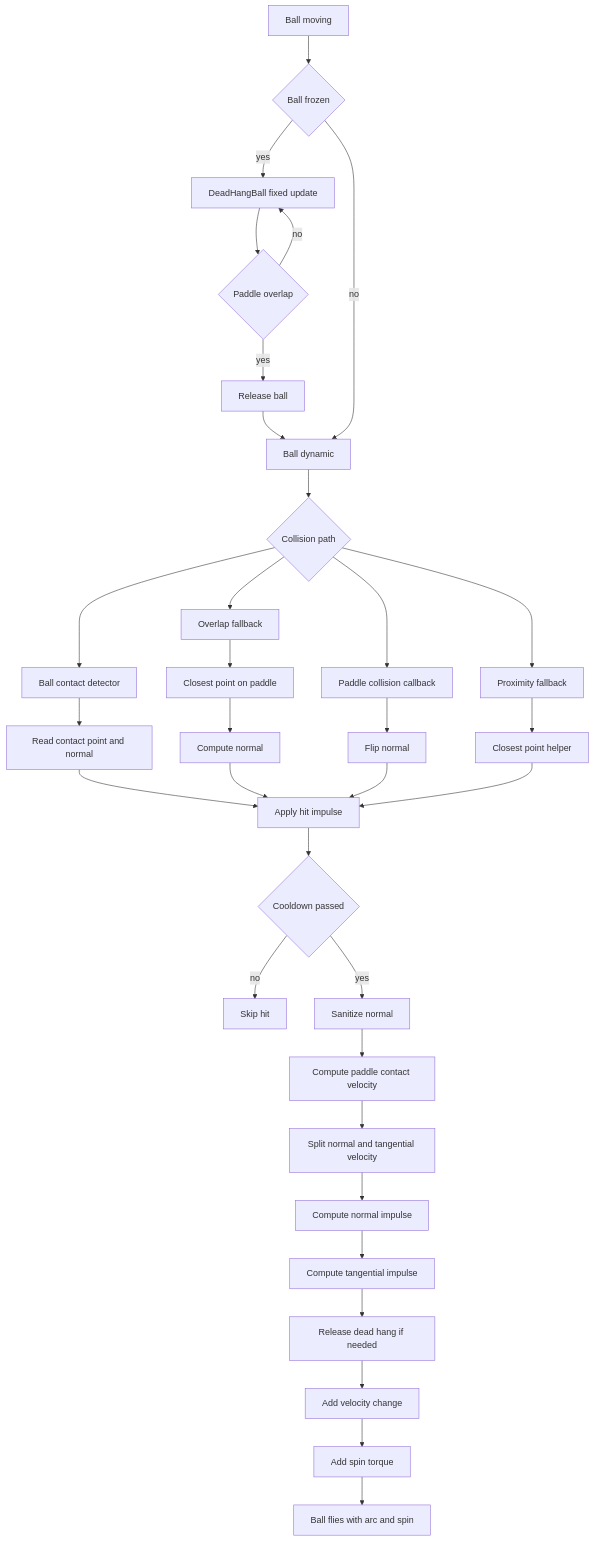
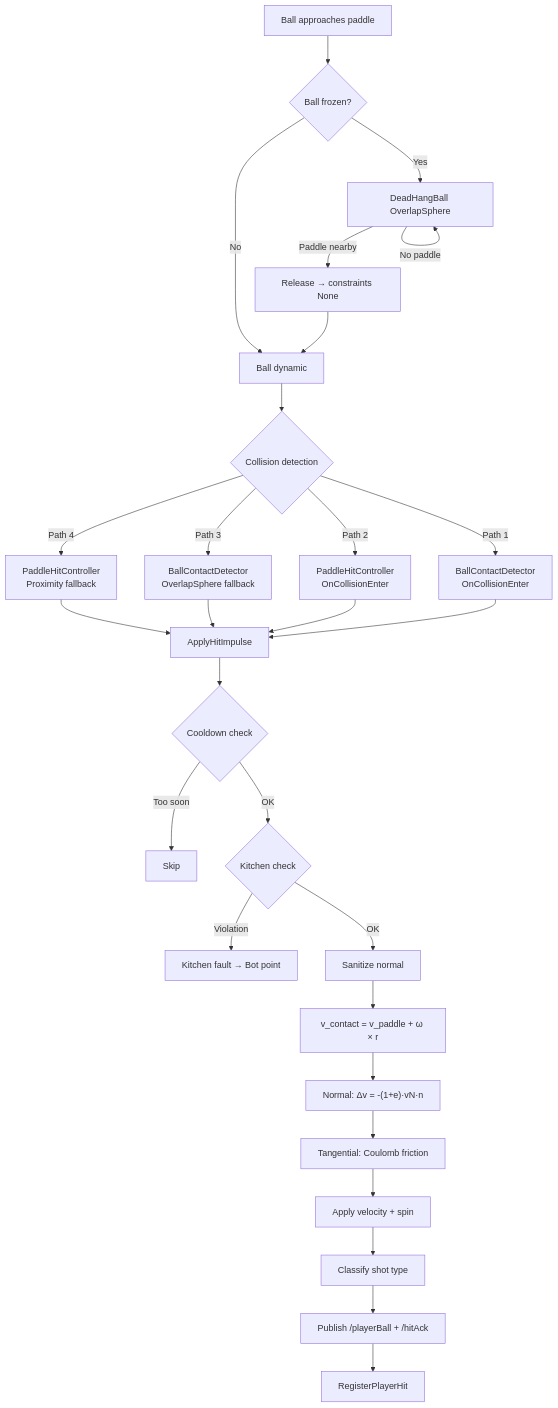
One commit to CG4002-AY2526S2-B03/Capstone_AR_Pickleball_Gameplay changed the tenth of 10 diagrams in Docs/UML_Diagrams.md. Above: the diagram before and after it, drawn with Mermaid. The commit also changed other lines of this file and 29 other files, not shown here.

````diff
--- a/Docs/UML_Diagrams.md
+++ b/Docs/UML_Diagrams.md
@@ -608,43 +550,36 @@
 ```mermaid
 flowchart TD
-    A[Ball moving] --> B{Ball frozen}
+    A[Ball approaches paddle] --> B{Ball frozen?}
 
-    B -->|yes| C[DeadHangBall fixed update]
-    C --> D{Paddle overlap}
-    D -->|no| C
-    D -->|yes| E[Release ball]
-    E --> F[Ball dynamic]
+    B -->|Yes| C[DeadHangBall OverlapSphere]
+    C -->|Paddle nearby| D[Release → constraints None]
+    D --> E[Ball dynamic]
+    C -->|No paddle| C
 
-    B -->|no| F
+    B -->|No| E
 
-    F --> G{Collision path}
+    E --> F{Collision detection}
 
-    G --> H[Ball contact detector]
-    H --> I[Read contact point and normal]
-    I --> J[Apply hit impulse]
+    F -->|Path 1| G["BallContactDetector\nOnCollisionEnter"]
+    F -->|Path 2| H["PaddleHitController\nOnCollisionEnter"]
+    F -->|Path 3| I["BallContactDetector\nOverlapSphere fallback"]
+    F -->|Path 4| J["PaddleHitController\nProximity fallback"]
 
-    G --> K[Overlap fallback]
-    K --> L[Closest point on paddle]
-    L --> M[Compute normal]
-    M --> J
+    G --> K[ApplyHitImpulse]
+    H --> K
+    I --> K
+    J --> K
 
-    G --> N[Paddle collision callback]
-    N --> O[Flip normal]
-    O --> J
-
-    G --> P[Proximity fallback]
-    P --> Q[Closest point helper]
-    Q --> J
-
-    J --> R{Cooldown passed}
-    R -->|no| S[Skip hit]
-    R -->|yes| T[Sanitize normal]
-    T --> U[Compute paddle contact velocity]
-    U --> V[Split normal and tangential velocity]
-    V --> W[Compute normal impulse]
-    W --> X[Compute tangential impulse]
-    X --> Y[Release dead hang if needed]
-    Y --> Z[Add velocity change]
-    Z --> AA[Add spin torque]
-    AA --> AB[Ball flies with arc and spin]
+    K --> L{Cooldown check}
+    L -->|Too soon| M[Skip]
+    L -->|OK| N{Kitchen check}
+    N -->|Violation| O[Kitchen fault → Bot point]
+    N -->|OK| P[Sanitize normal]
+    P --> Q["v_contact = v_paddle + ω × r"]
+    Q --> R["Normal: Δv = -(1+e)·vN·n"]
+    R --> S["Tangential: Coulomb friction"]
+    S --> T[Apply velocity + spin]
+    T --> U[Classify shot type]
+    U --> V["Publish /playerBall + /hitAck"]
+    V --> W[RegisterPlayerHit]
 ```
````
